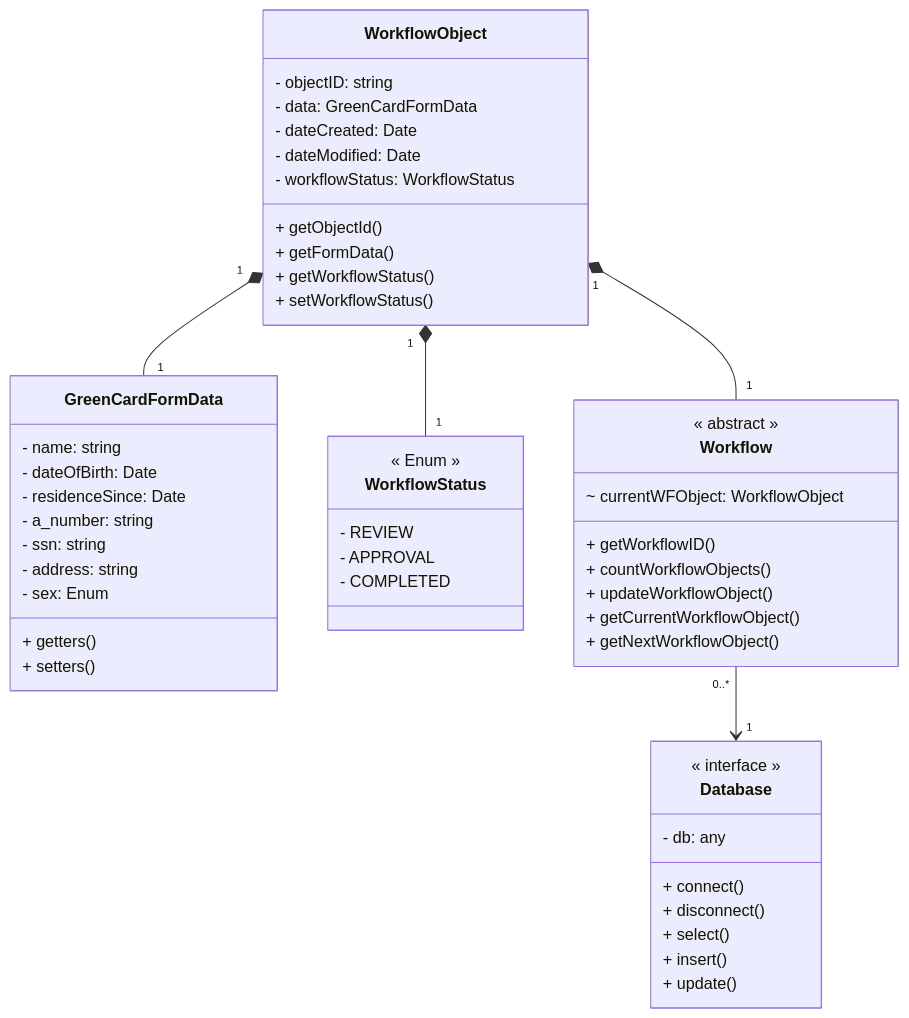
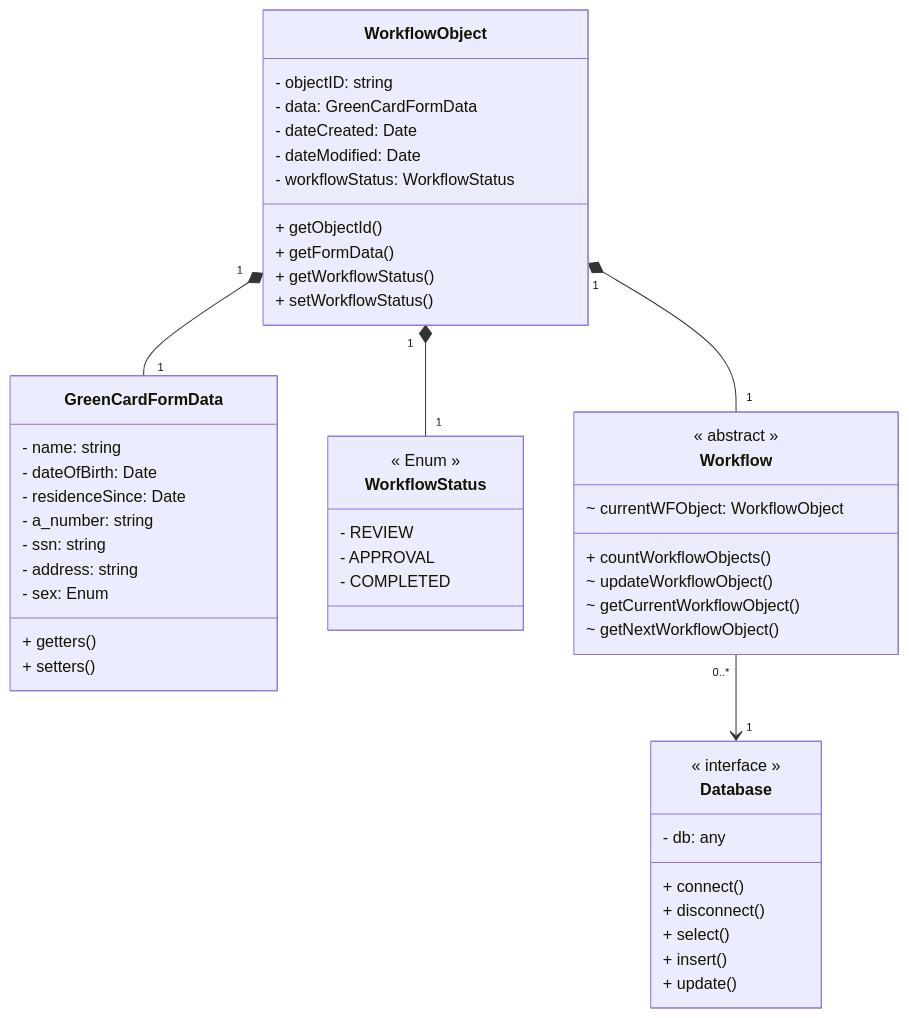
Before and after one commit to tpfahy/CS321: the diagram in docs/SharedClasses.md, drawn with Mermaid. The commit also changed 1 other file, not shown here.

Commit message:
updated workflow docs

````diff
--- a/docs/SharedClasses.md
+++ b/docs/SharedClasses.md
@@ -1,59 +1,58 @@
 ```mermaid
 classDiagram
     class GreenCardFormData {
         - name: string
         - dateOfBirth: Date
         - residenceSince: Date
         - a_number: string
         - ssn: string
         - address: string
         - sex: Enum
 
         + getters()
         + setters()
     }
 
     class WorkflowObject {
         - objectID: string
         - data: GreenCardFormData
         - dateCreated: Date
         - dateModified: Date
         - workflowStatus: WorkflowStatus
         + getObjectId()
         + getFormData()
         + getWorkflowStatus()
         + setWorkflowStatus()
     }
 
     class WorkflowStatus {
         << Enum >>
         - REVIEW
         - APPROVAL
         - COMPLETED
     }
 
     class Workflow {
         << abstract >>
         ~ currentWFObject: WorkflowObject
-        + getWorkflowID()
         + countWorkflowObjects()
-        + updateWorkflowObject()
-        + getCurrentWorkflowObject()
-        + getNextWorkflowObject()
+        ~ updateWorkflowObject()
+        ~ getCurrentWorkflowObject()
+        ~ getNextWorkflowObject()
     }
 
     class Database {
         << interface >>
         - db: any
         + connect()
         + disconnect()
         + select()
         + insert()
         + update()
     }
     WorkflowObject "1" *-- "1" GreenCardFormData
     WorkflowObject "1" *-- "1" WorkflowStatus
     WorkflowObject "1" *-- "1" Workflow
     Workflow "0..*" --> "1" Database
 
 ```
````
